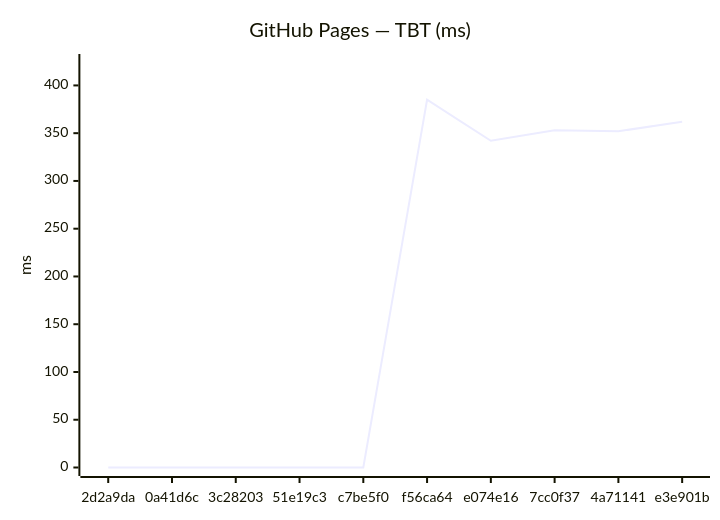
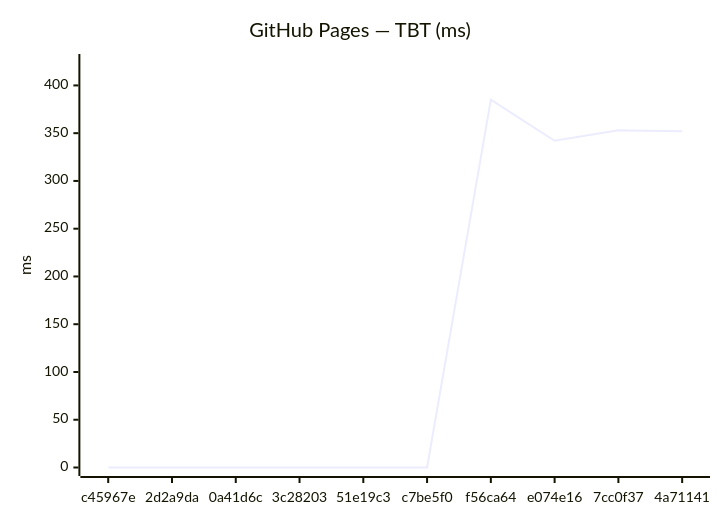
Before and after one commit to Metaheurist/Rianell: the fourth of 18 diagrams in benchmarks/compare.md, drawn with Mermaid. The commit also changed other lines of this file and 11 other files, not shown here.

````diff
--- a/benchmarks/compare.md
+++ b/benchmarks/compare.md
@@ -61,7 +61,7 @@
 ```mermaid
 xychart-beta
     title "GitHub Pages — TBT (ms)"
-    x-axis ["2d2a9da", "0a41d6c", "3c28203", "51e19c3", "c7be5f0", "f56ca64", "e074e16", "7cc0f37", "4a71141", "e3e901b"]
+    x-axis ["c45967e", "2d2a9da", "0a41d6c", "3c28203", "51e19c3", "c7be5f0", "f56ca64", "e074e16", "7cc0f37", "4a71141"]
     y-axis "ms" 0 --> 424
-    line [0, 0, 0, 0, 0, 385, 342, 353, 352, 362]
+    line [0, 0, 0, 0, 0, 0, 385, 342, 353, 352]
 ```
````
